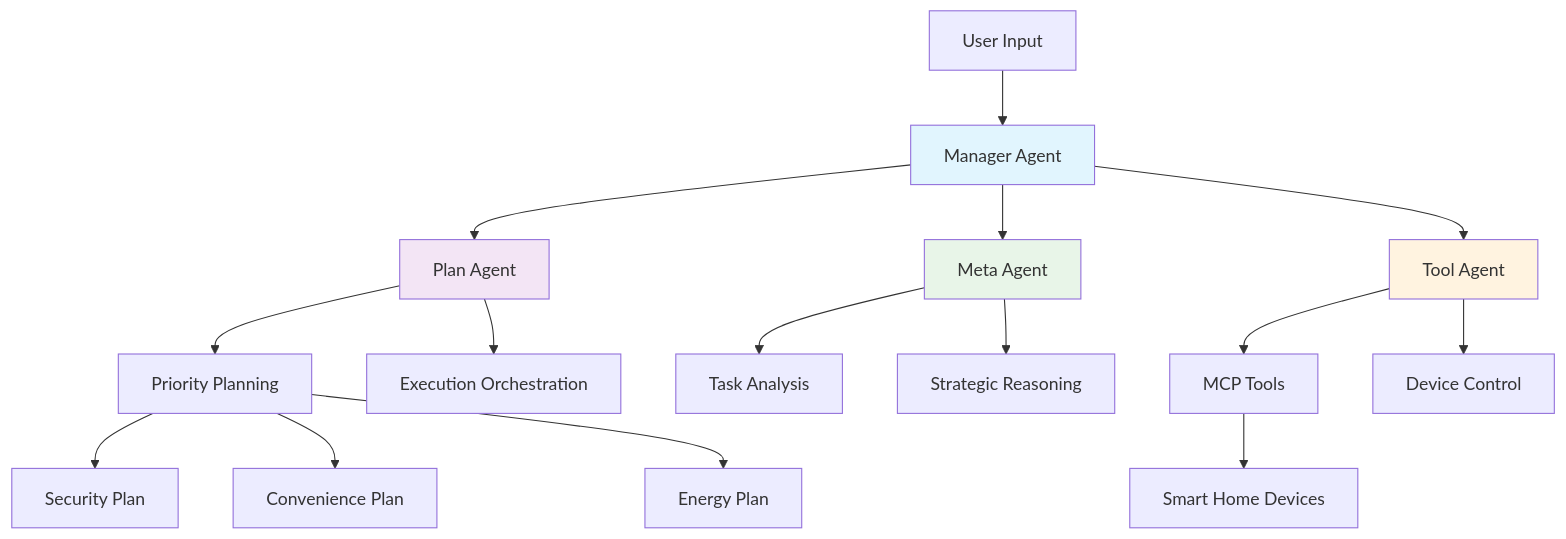
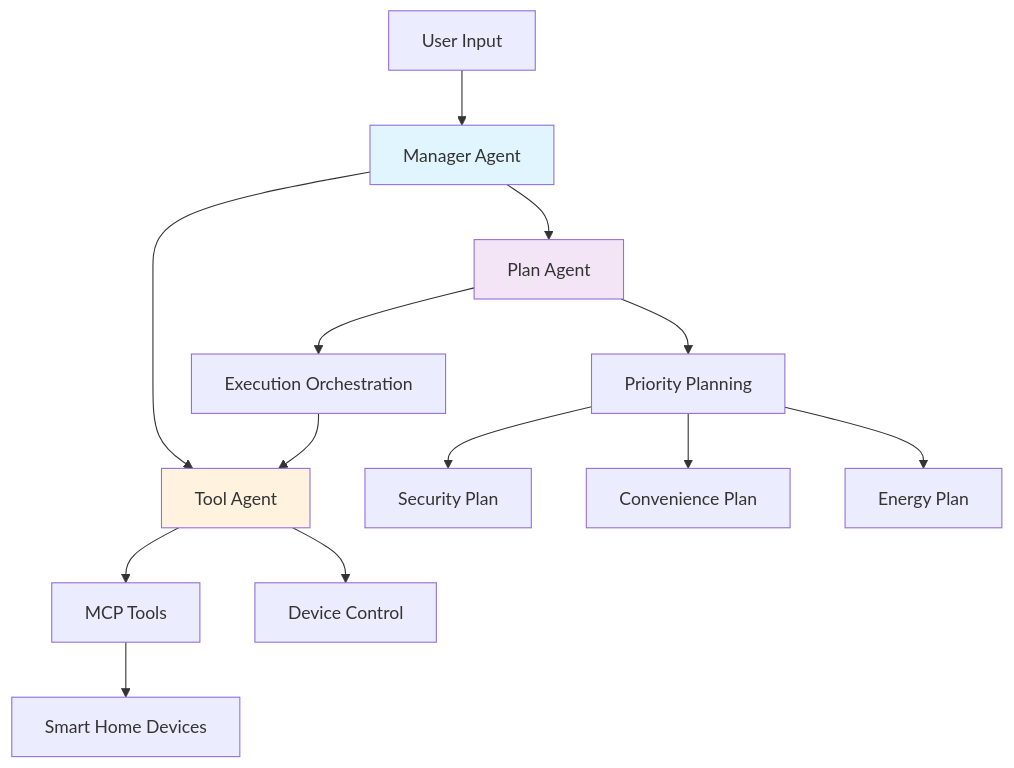
Before and after one commit to BaoBao112233/MAS-Planning: the diagram in docs/README.md, drawn with Mermaid. The commit also changed other lines of this file and 19 other files, not shown here.

Commit message:
[Updated] updated diagrams

````diff
--- a/docs/README.md
+++ b/docs/README.md
@@ -70,27 +63,24 @@
 ```mermaid
 graph TB
     A[User Input] --> B[Manager Agent]
     B --> C[Plan Agent]
-    B --> D[Meta Agent]
     B --> E[Tool Agent]
     
     C --> F[Priority Planning]
     C --> G[Execution Orchestration]
-    
-    D --> H[Task Analysis]
-    D --> I[Strategic Reasoning]
     
     E --> J[MCP Tools]
     E --> K[Device Control]
     
     F --> L[Security Plan]
     F --> M[Convenience Plan]
     F --> N[Energy Plan]
     
+    G --> E
+    
     J --> O[Smart Home Devices]
     
     style B fill:#e1f5fe
     style C fill:#f3e5f5
-    style D fill:#e8f5e8
     style E fill:#fff3e0
 ```
````
